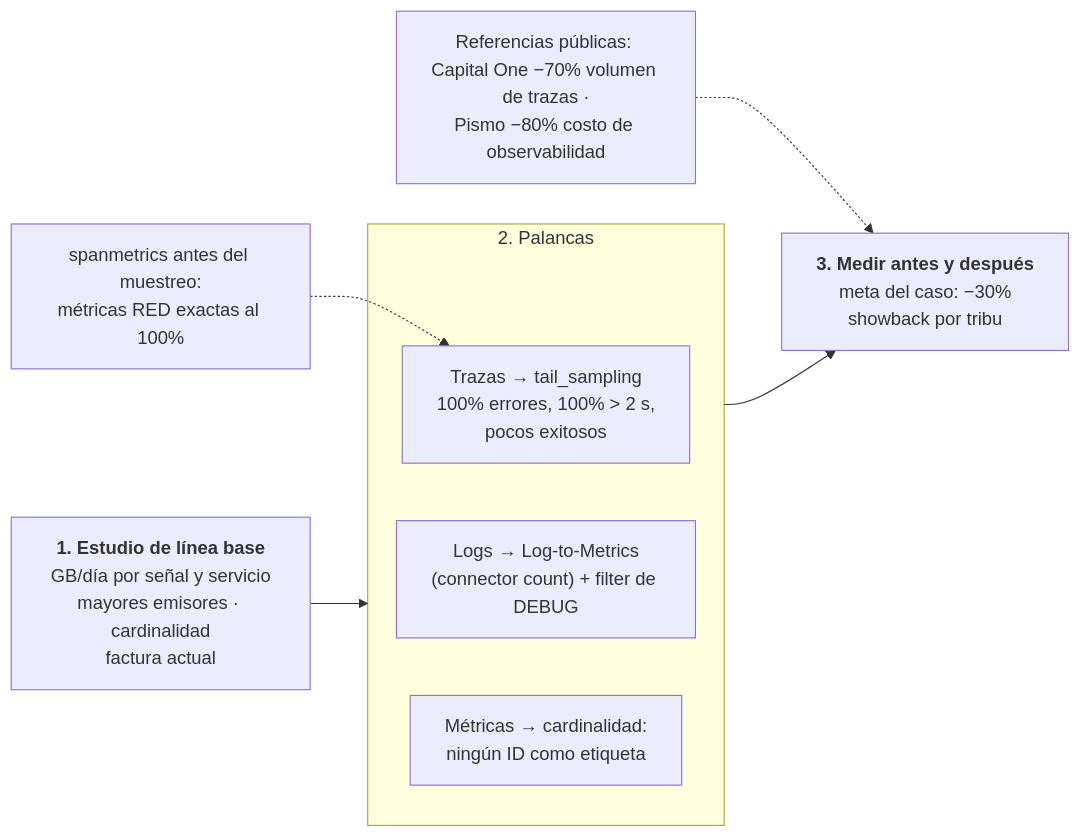
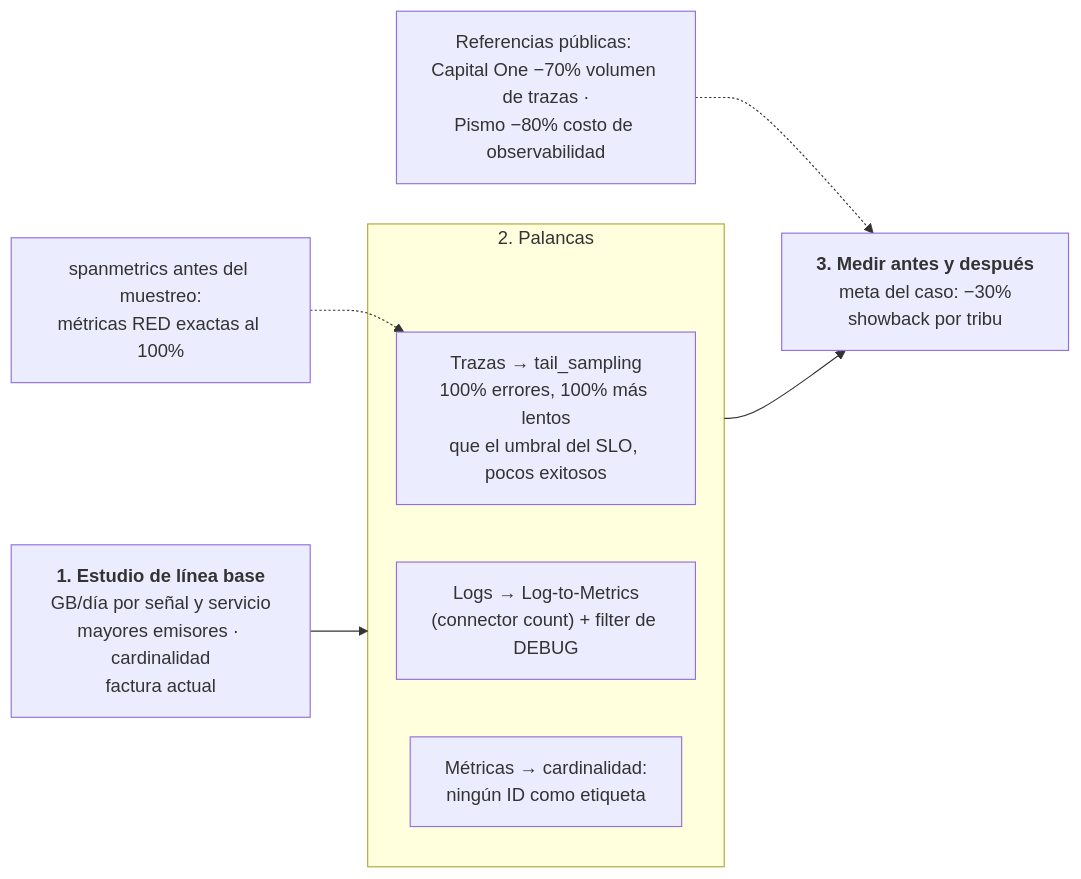
Before and after one commit to locosebas/necesidadesYGrafos: the seventh of 12 diagrams in devops-senior/temas/25-davivienda-sre-observabilidad/presentacion-libreto.md, drawn with Mermaid. The commit also changed other lines of this file and 3 other files, not shown here.

````diff
--- a/devops-senior/temas/25-davivienda-sre-observabilidad/presentacion-libreto.md
+++ b/devops-senior/temas/25-davivienda-sre-observabilidad/presentacion-libreto.md
@@ -469,13 +472,13 @@
 ```mermaid
 flowchart LR
     estudio["<b>1. Estudio de línea base</b><br/>GB/día por señal y servicio<br/>mayores emisores · cardinalidad<br/>factura actual"]
     subgraph palancas["2. Palancas"]
-        trazas["Trazas → tail_sampling<br/>100% errores, 100% > 2 s,<br/>pocos exitosos"]
+        trazas["Trazas → tail_sampling<br/>100% errores, 100% más lentos<br/>que el umbral del SLO, pocos exitosos"]
         logs["Logs → Log-to-Metrics<br/>(connector count) + filter de DEBUG"]
         metricas["Métricas → cardinalidad:<br/>ningún ID como etiqueta"]
     end
     medir["<b>3. Medir antes y después</b><br/>meta del caso: −30%<br/>showback por tribu"]
     estudio --> palancas --> medir
     spanm["spanmetrics antes del muestreo:<br/>métricas RED exactas al 100%"] -.-> trazas
     refs["Referencias públicas: Capital One −70% volumen de trazas ·<br/>Pismo −80% costo de observabilidad"] -.-> medir
 ```
````
